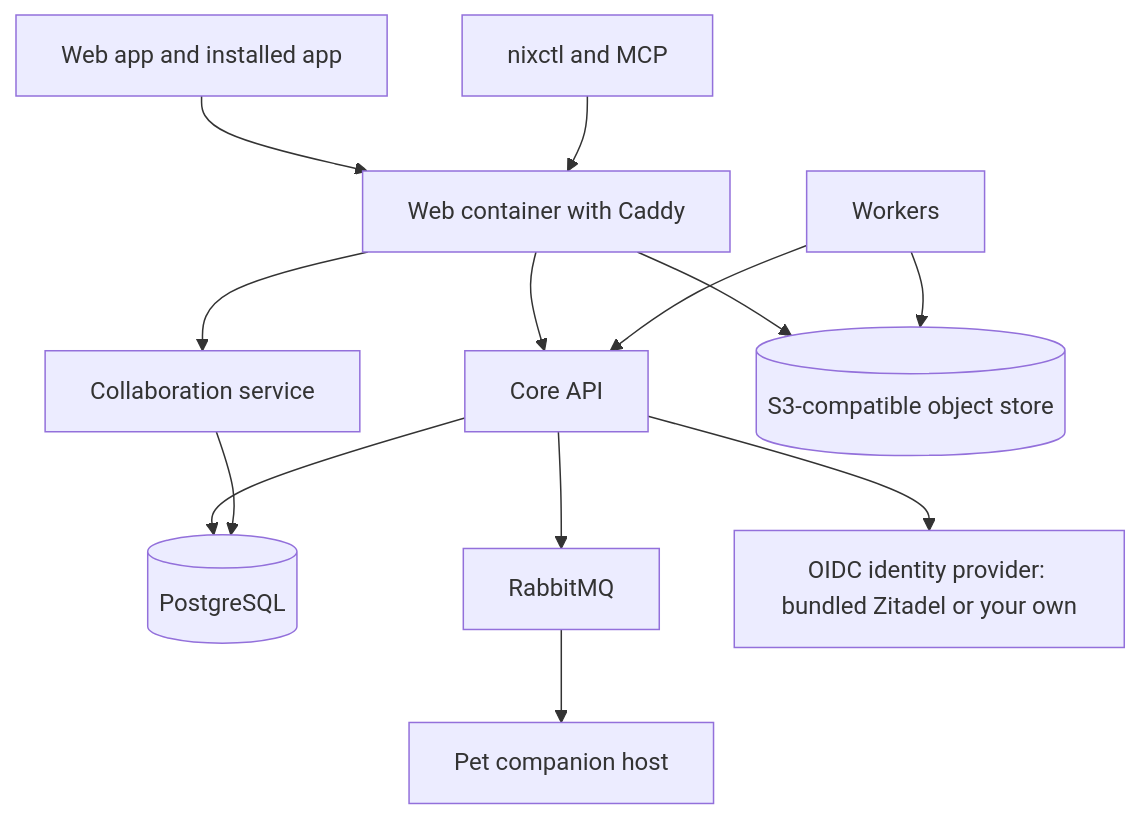
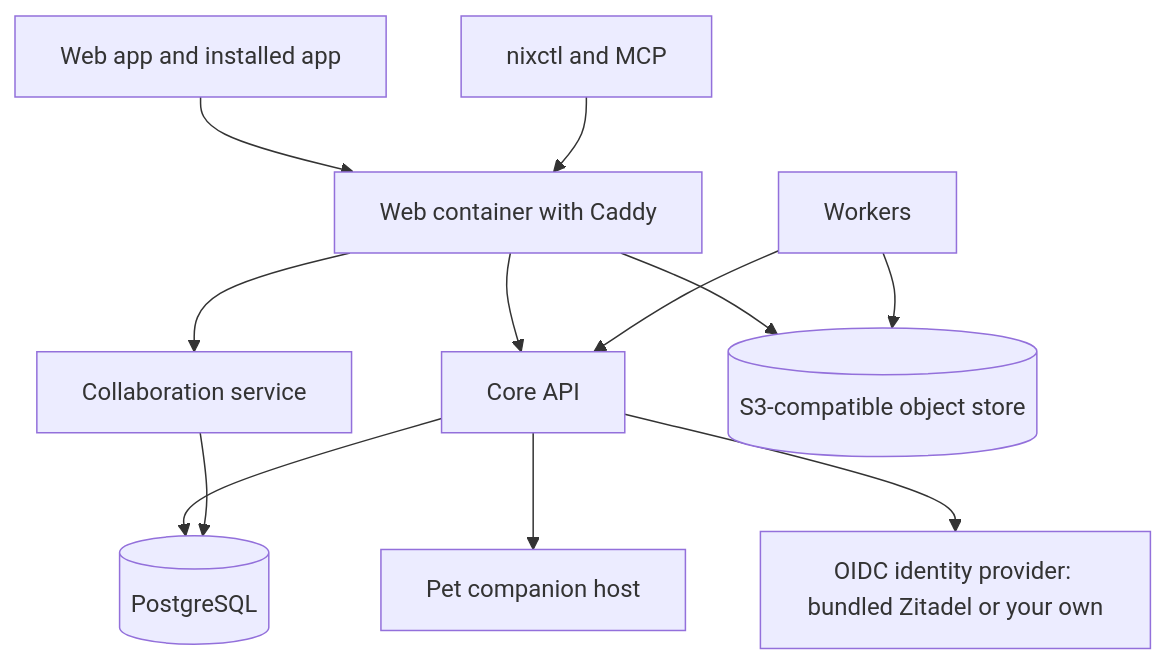
The diagram in docs/site/nix-docs/markdown/deployment/index.md (sianachi/nixsites), drawn with Mermaid before and after one commit. The commit also changed 90 other files, not shown here.

````diff
--- a/docs/site/nix-docs/markdown/deployment/index.md
+++ b/docs/site/nix-docs/markdown/deployment/index.md
@@ -14,16 +14,15 @@
 ```mermaid
 %% diagram
 flowchart TB
   Browser[Web app and installed app] --> Edge[Web container with Caddy]
   CLI[nixctl and MCP] --> Edge
   Edge --> Core[Core API]
   Edge --> Collab[Collaboration service]
   Edge --> Store[(S3-compatible object store)]
   Core --> PG[(PostgreSQL)]
   Collab --> PG
-  Core --> MQ[RabbitMQ]
-  MQ --> Companion[Pet companion host]
+  Core --> Companion[Pet companion host]
   Workers --> Core
   Workers --> Store
   Core --> IdP[OIDC identity provider: bundled Zitadel or your own]
 ```
````
